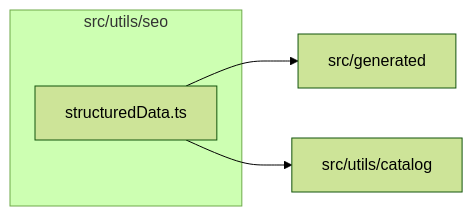
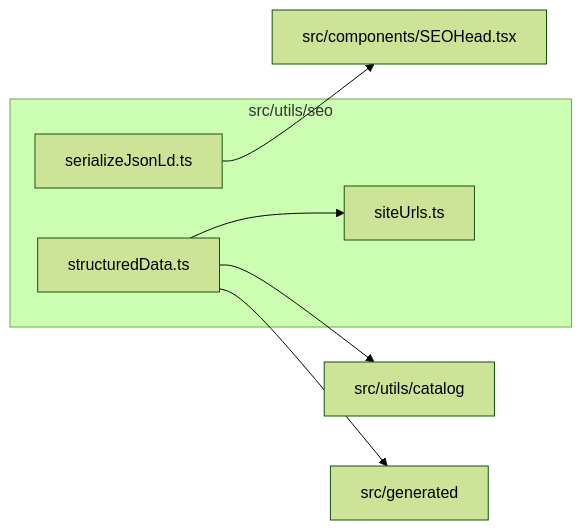
One commit to ronbuening/LensVisualizer changed the diagram in src/utils/seo/readme.md. Above: the diagram before and after it, drawn with Mermaid (forest theme). The commit also changed other lines of this file and 38 other files, not shown here.

````diff
--- a/src/utils/seo/readme.md
+++ b/src/utils/seo/readme.md
@@ -9,10 +9,15 @@
 ```mermaid
 flowchart LR
   subgraph n_src_utils_seo["src/utils/seo"]
+    n_src_utils_seo_src_utils_seo_serializeJsonLd_ts["serializeJsonLd.ts"]
+    n_src_utils_seo_src_utils_seo_siteUrls_ts["siteUrls.ts"]
     n_src_utils_seo_src_utils_seo_structuredData_ts["structuredData.ts"]
   end
+  n_external_src_components_SEOHead_tsx["src/components/SEOHead.tsx"]
   n_external_src_generated["src/generated"]
   n_external_src_utils_catalog["src/utils/catalog"]
+  n_src_utils_seo_src_utils_seo_serializeJsonLd_ts --> n_external_src_components_SEOHead_tsx
   n_src_utils_seo_src_utils_seo_structuredData_ts --> n_external_src_generated
   n_src_utils_seo_src_utils_seo_structuredData_ts --> n_external_src_utils_catalog
+  n_src_utils_seo_src_utils_seo_structuredData_ts --> n_src_utils_seo_src_utils_seo_siteUrls_ts
 ```
````
